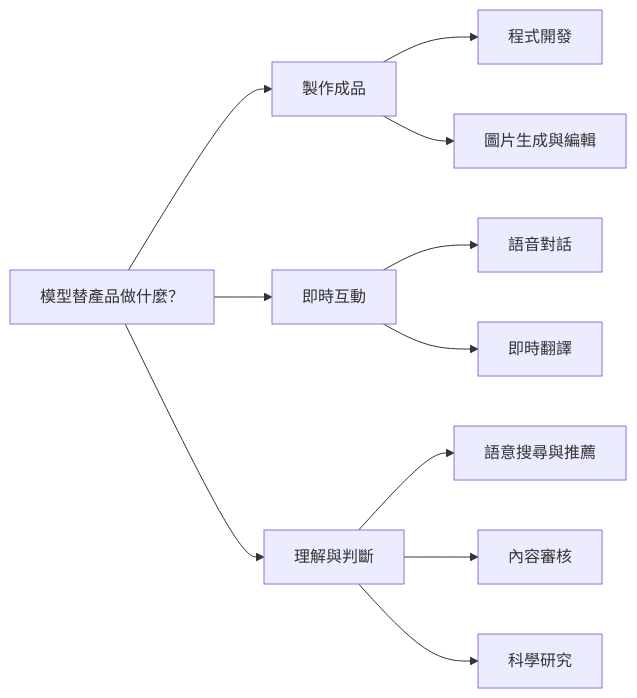
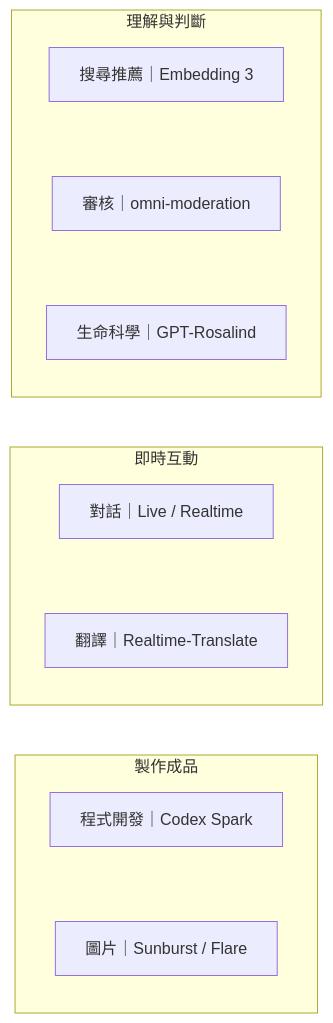
One commit to WilliamCHIU-ETH/Codex-name changed the first of 2 diagrams in README.md. Above: the diagram before and after it, drawn with Mermaid. The commit also changed other lines of this file, not shown here.

Commit message:
docs: compact mental map and label model families by purpose

````diff
--- a/README.md
+++ b/README.md
@@ -13,13 +13,22 @@
 ```mermaid
 flowchart LR
-    ROOT["模型替產品做什麼？"] --> MAKE["製作成品"]
-    ROOT --> TALK["即時互動"]
-    ROOT --> UNDERSTAND["理解與判斷"]
-    MAKE --> CODE["程式開發"]
-    MAKE --> IMAGE["圖片生成與編輯"]
-    TALK --> VOICE["語音對話"]
-    TALK --> TRANSLATE["即時翻譯"]
-    UNDERSTAND --> SEARCH["語意搜尋與推薦"]
-    UNDERSTAND --> MODERATION["內容審核"]
-    UNDERSTAND --> SCIENCE["科學研究"]
+    subgraph MAKE["製作成品"]
+        direction TB
+        CODE["程式開發｜Codex Spark"]
+        IMAGE["圖片｜Sunburst / Flare"]
+        CODE ~~~ IMAGE
+    end
+    subgraph TALK["即時互動"]
+        direction TB
+        VOICE["對話｜Live / Realtime"]
+        TRANSLATE["翻譯｜Realtime-Translate"]
+        VOICE ~~~ TRANSLATE
+    end
+    subgraph UNDERSTAND["理解與判斷"]
+        direction TB
+        SEARCH["搜尋推薦｜Embedding 3"]
+        MODERATION["審核｜omni-moderation"]
+        SCIENCE["生命科學｜GPT-Rosalind"]
+        SEARCH ~~~ MODERATION ~~~ SCIENCE
+    end
 ```
````
